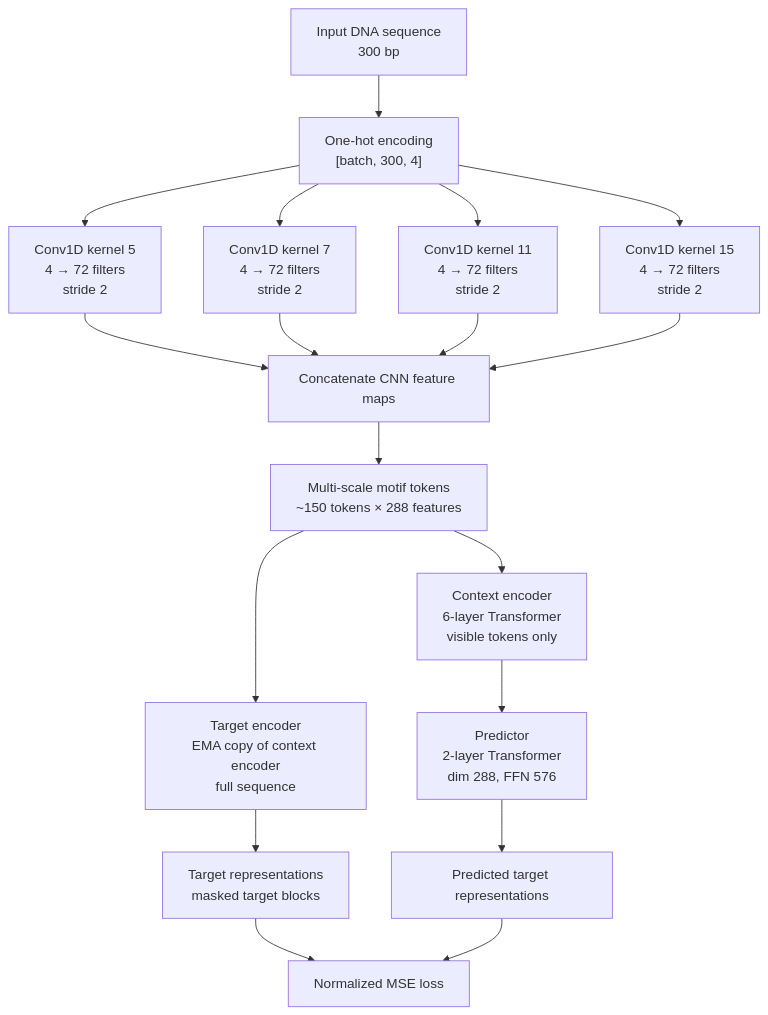
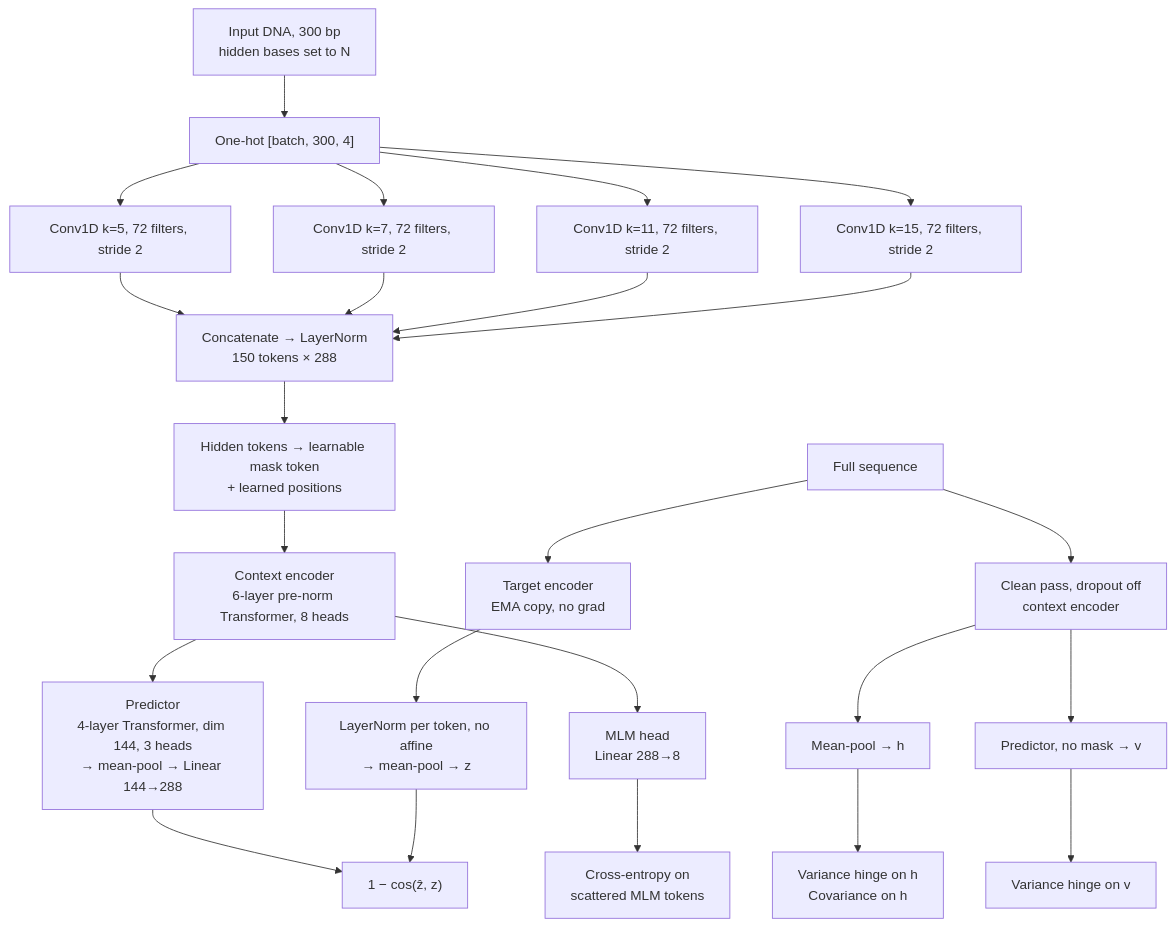
The diagram in README.md (Luckycrucio/ViralJEPA), drawn with Mermaid before and after one commit. The commit also changed other lines of this file and 4 other files, not shown here.

Commit message:
fix VICReg branch, LayerNorm stem, non-overlapping spans

````diff
--- a/README.md
+++ b/README.md
@@ -19,26 +21,29 @@
 ```mermaid
 flowchart TD
-    A["Input DNA sequence<br/>300 bp"] --> B["One-hot encoding<br/>[batch, 300, 4]"]
+    A["Input DNA, 300 bp<br/>hidden bases set to N"] --> B["One-hot [batch, 300, 4]"]
 
-    B --> C1["Conv1D kernel 5<br/>4 → 72 filters<br/>stride 2"]
-    B --> C2["Conv1D kernel 7<br/>4 → 72 filters<br/>stride 2"]
-    B --> C3["Conv1D kernel 11<br/>4 → 72 filters<br/>stride 2"]
-    B --> C4["Conv1D kernel 15<br/>4 → 72 filters<br/>stride 2"]
+    B --> C1["Conv1D k=5, 72 filters, stride 2"]
+    B --> C2["Conv1D k=7, 72 filters, stride 2"]
+    B --> C3["Conv1D k=11, 72 filters, stride 2"]
+    B --> C4["Conv1D k=15, 72 filters, stride 2"]
 
-    C1 --> D["Concatenate CNN feature maps"]
+    C1 --> D["Concatenate → LayerNorm<br/>150 tokens × 288"]
     C2 --> D
     C3 --> D
     C4 --> D
 
-    D --> E["Multi-scale motif tokens<br/>~150 tokens × 288 features"]
+    D --> E["Hidden tokens → learnable mask token<br/>+ learned positions"]
+    E --> F["Context encoder<br/>6-layer pre-norm Transformer, 8 heads"]
 
-    E --> F1["Context encoder<br/>6-layer Transformer<br/>visible tokens only"]
-    E --> F2["Target encoder<br/>EMA copy of context encoder<br/>full sequence"]
+    F --> G["Predictor<br/>4-layer Transformer, dim 144, 3 heads<br/>→ mean-pool → Linear 144→288"]
+    F --> M["MLM head<br/>Linear 288→8"]
 
-    F1 --> G["Predictor<br/>2-layer Transformer<br/>dim 288, FFN 576"]
-    F2 --> H["Target representations<br/>masked target blocks"]
+    T["Full sequence"] --> TE["Target encoder<br/>EMA copy, no grad"] --> TP["LayerNorm per token, no affine<br/>→ mean-pool → z"]
 
-    G --> I["Predicted target representations"]
-    H --> J["Normalized MSE loss"]
-    I --> J
+    G --> L["1 − cos(ẑ, z)"]
+    TP --> L
+    M --> CE["Cross-entropy on<br/>scattered MLM tokens"]
+    T --> CL["Clean pass, dropout off<br/>context encoder"]
+    CL --> H["Mean-pool → h"] --> V["Variance hinge on h<br/>Covariance on h"]
+    CL --> PV["Predictor, no mask → v"] --> V2["Variance hinge on v"]
 ```
````
